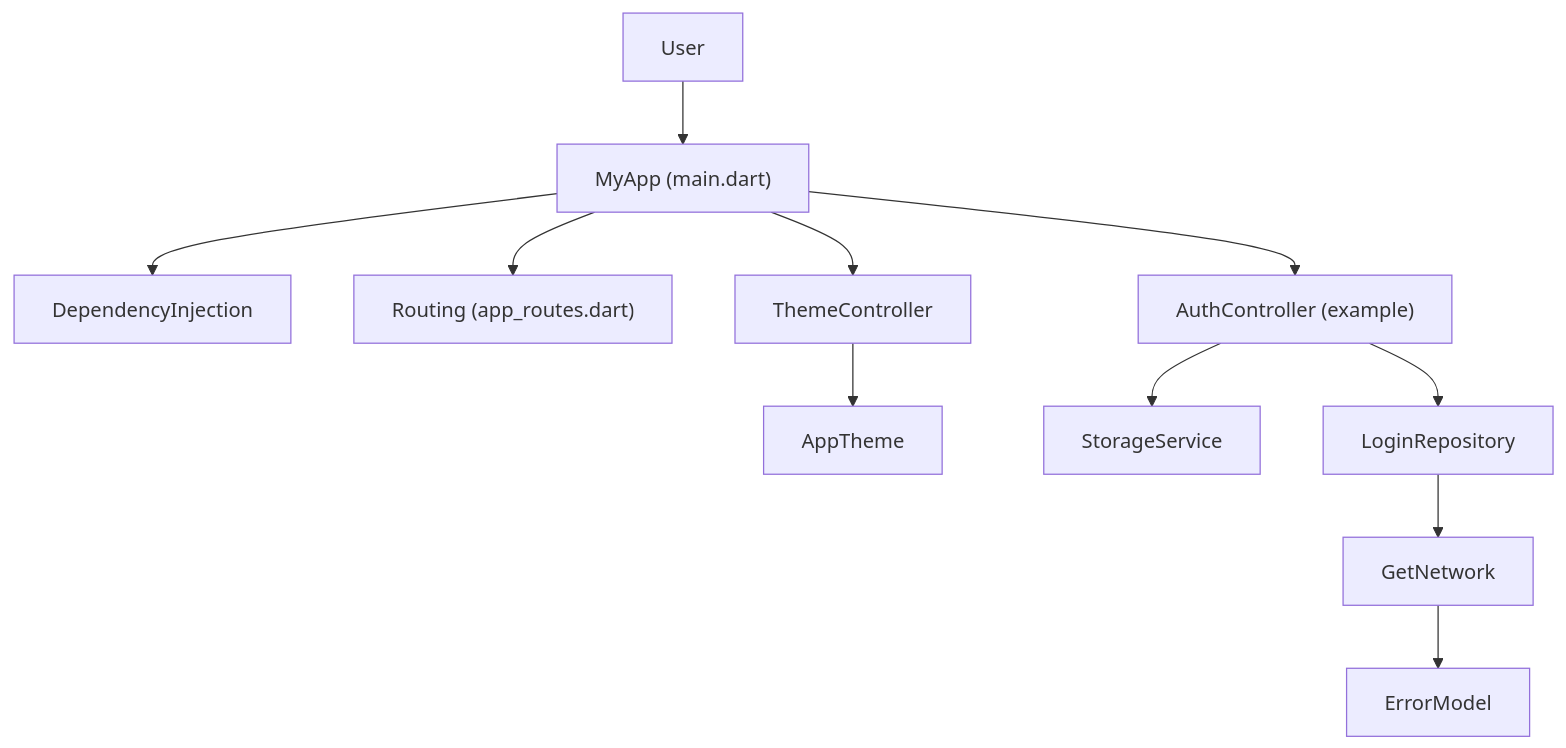
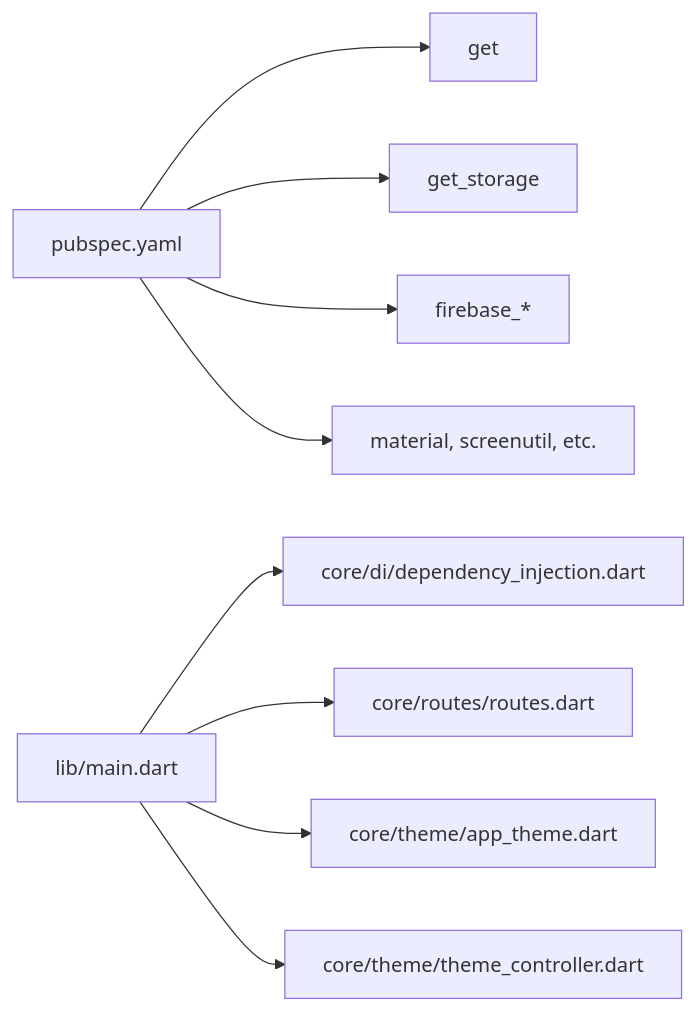
One commit to Ariful3111/FurniGo changed the eighth of 8 diagrams in .qoder/repowiki/en/content/Architecture Overview/Architecture Overview.md. Above: the diagram before and after it, drawn with Mermaid. The commit also changed other lines of this file and 115 other files, not shown here.

````diff
--- a/.qoder/repowiki/en/content/Architecture Overview/Architecture Overview.md
+++ b/.qoder/repowiki/en/content/Architecture Overview/Architecture Overview.md
@@ -338,24 +308,11 @@
 ```mermaid
-graph TB
-U["User"]
-MA["MyApp (main.dart)"]
-DI["DependencyInjection"]
-RC["Routing (app_routes.dart)"]
-TH["ThemeController"]
-AT["AppTheme"]
-ST["StorageService"]
-GN["GetNetwork"]
-ER["ErrorModel"]
-AC["AuthController (example)"]
-LR["LoginRepository"]
-U --> MA
-MA --> DI
-MA --> RC
-MA --> TH
-TH --> AT
-MA --> AC
-AC --> LR
-LR --> GN
-AC --> ST
-GN --> ER
+graph LR
+P["pubspec.yaml"] --> G["get"]
+P --> GS["get_storage"]
+P --> FS["firebase_*"]
+P --> UI["material, screenutil, etc."]
+M["lib/main.dart"] --> DI["core/di/dependency_injection.dart"]
+M --> RT["core/routes/routes.dart"]
+M --> TH["core/theme/app_theme.dart"]
+M --> TC["core/theme/theme_controller.dart"]
 ```
````
